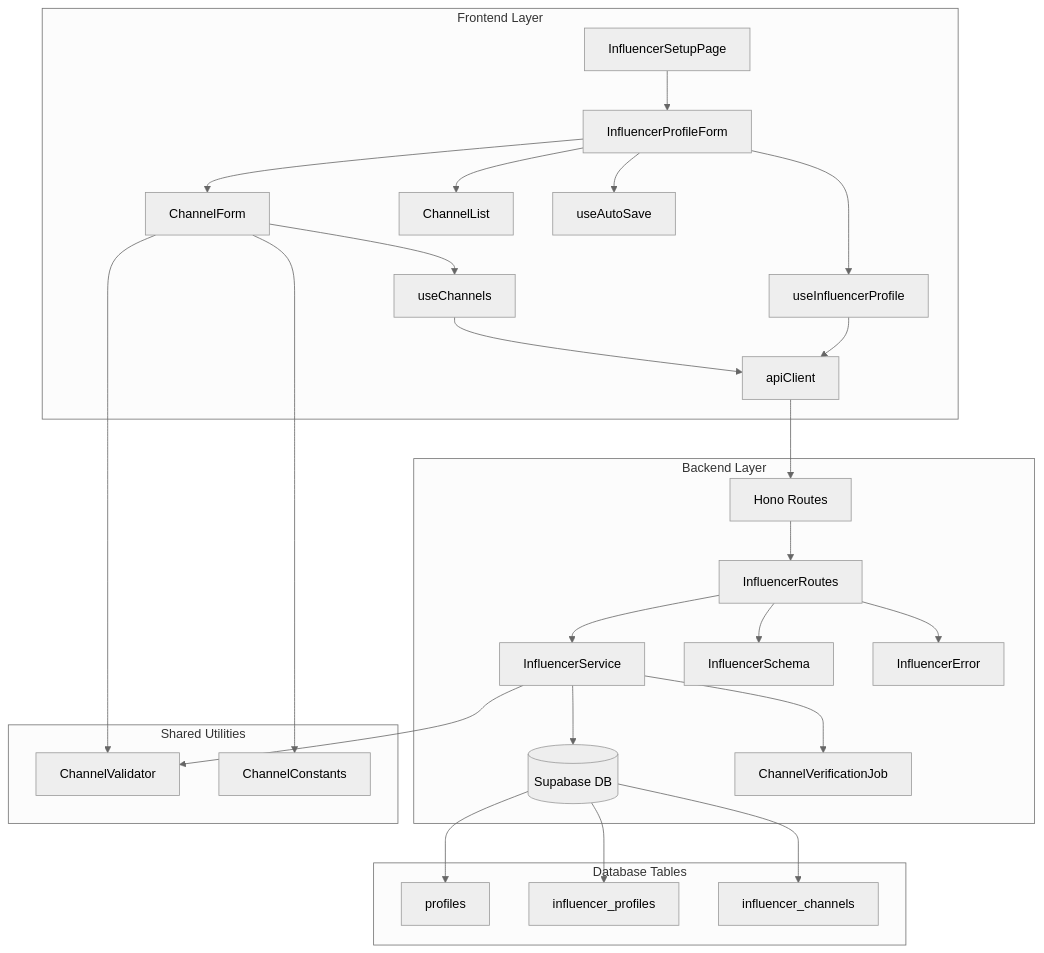
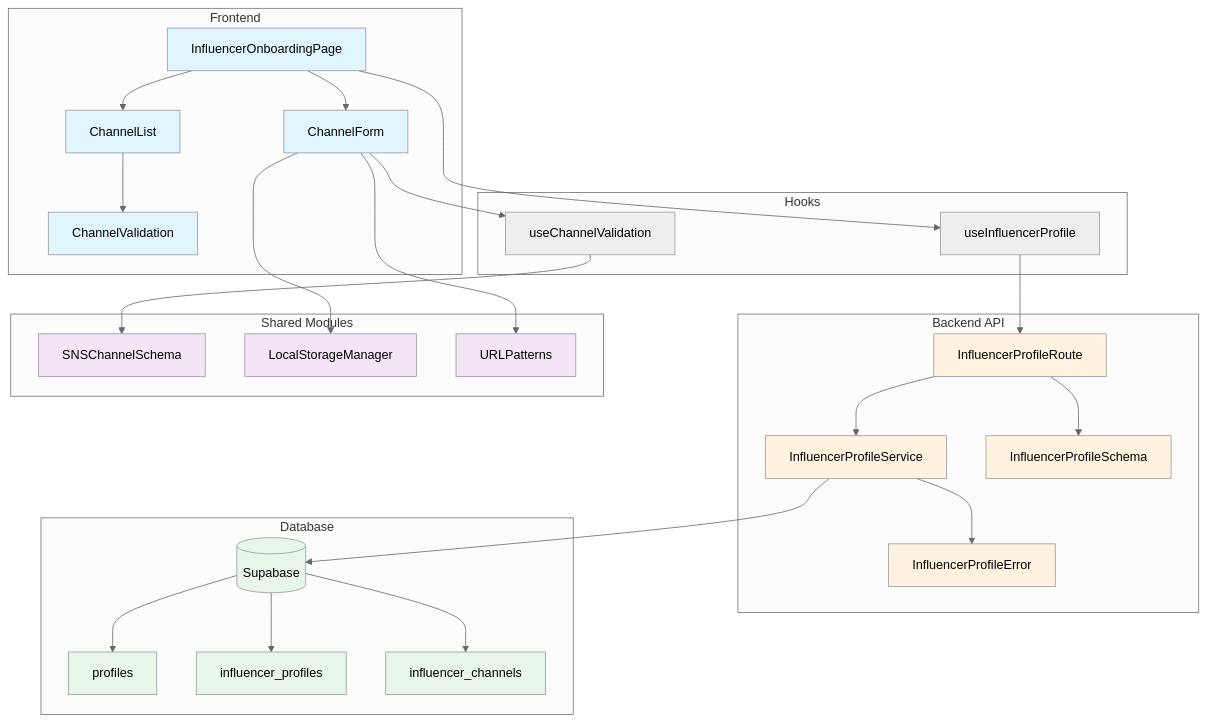
The diagram in docs/002/plan.md (Cooledricesh/Recruiting), drawn with Mermaid (neutral theme) before and after one commit. The commit also changed other lines of this file and 29 other files, not shown here.

First line of the commit message:
feat: add influencer channel management components and hooks

````diff
--- a/docs/002/plan.md
+++ b/docs/002/plan.md
@@ -32,35 +31,71 @@
 ```mermaid
 graph TB
-    subgraph "Frontend Layer"
-        A[InfluencerSetupPage] --> B[InfluencerProfileForm]
-        B --> C[ChannelForm]
-        B --> D[ChannelList]
-        B --> E[useInfluencerProfile]
-        C --> F[useChannels]
-        B --> G[useAutoSave]
-        F --> H[apiClient]
-        E --> H
+    %% Frontend Layer
+    subgraph "Frontend"
+        Page[InfluencerOnboardingPage]
+        ChannelForm[ChannelForm]
+        ChannelList[ChannelList]
+        Validation[ChannelValidation]
+
+        Page --> ChannelForm
+        Page --> ChannelList
+        ChannelList --> Validation
     end
 
-    subgraph "Backend Layer"
-        H --> I[Hono Routes]
-        I --> J[InfluencerRoutes]
-        J --> K[InfluencerService]
-        K --> L[(Supabase DB)]
-        J --> M[InfluencerSchema]
-        J --> N[InfluencerError]
-        K --> O[ChannelVerificationJob]
+    %% Hooks Layer
+    subgraph "Hooks"
+        ProfileHook[useInfluencerProfile]
+        ValidationHook[useChannelValidation]
+
+        Page --> ProfileHook
+        ChannelForm --> ValidationHook
     end
 
-    subgraph "Shared Utilities"
-        C --> P[ChannelValidator]
-        C --> Q[ChannelConstants]
-        K --> P
+    %% Backend Layer
+    subgraph "Backend API"
+        Route[InfluencerProfileRoute]
+        Service[InfluencerProfileService]
+        Schema[InfluencerProfileSchema]
+        Error[InfluencerProfileError]
+
+        Route --> Service
+        Route --> Schema
+        Service --> Error
     end
 
-    subgraph "Database Tables"
-        L --> R[profiles]
-        L --> S[influencer_profiles]
-        L --> T[influencer_channels]
+    %% Database Layer
+    subgraph "Database"
+        DB[(Supabase)]
+        Profiles[profiles]
+        InfProfiles[influencer_profiles]
+        Channels[influencer_channels]
+
+        DB --> Profiles
+        DB --> InfProfiles
+        DB --> Channels
     end
+
+    %% Shared Layer
+    subgraph "Shared Modules"
+        SNSSchema[SNSChannelSchema]
+        Storage[LocalStorageManager]
+        Patterns[URLPatterns]
+    end
+
+    %% Connections
+    ProfileHook --> Route
+    ValidationHook --> SNSSchema
+    ChannelForm --> Storage
+    ChannelForm --> Patterns
+    Service --> DB
+
+    classDef frontend fill:#e1f5fe
+    classDef backend fill:#fff3e0
+    classDef database fill:#e8f5e9
+    classDef shared fill:#f3e5f5
+
+    class Page,ChannelForm,ChannelList,Validation frontend
+    class Route,Service,Schema,Error backend
+    class DB,Profiles,InfProfiles,Channels database
+    class SNSSchema,Storage,Patterns shared
 ```
````
